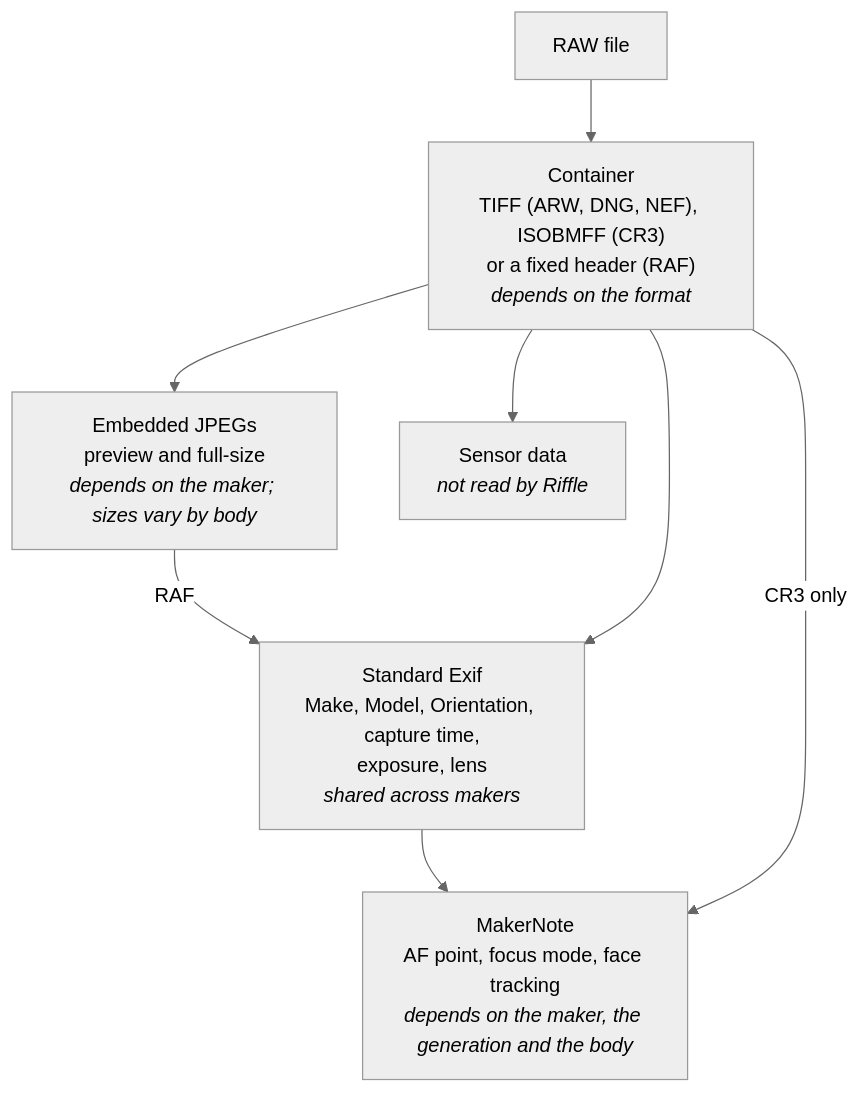
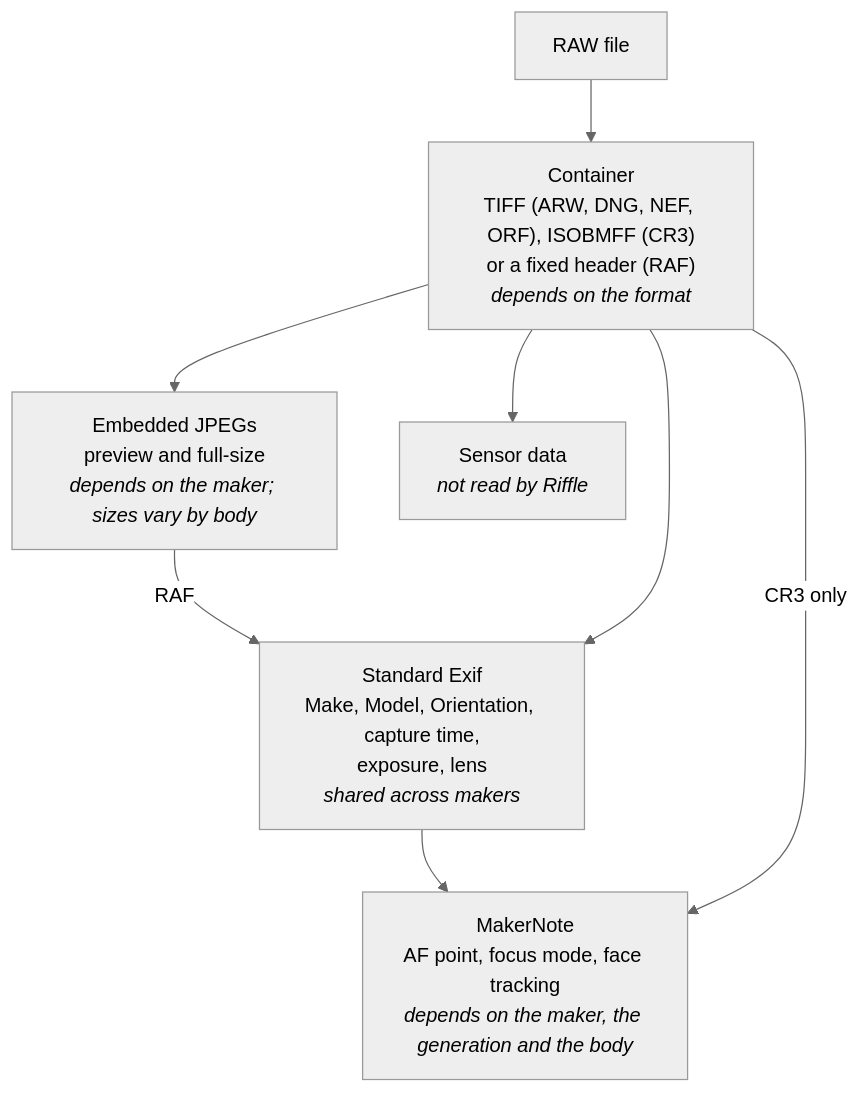
Before and after one commit to minodisk/riffle: the first of 2 diagrams in docs/raw-formats.md, drawn with Mermaid (neutral theme). The commit also changed other lines of this file and 12 other files, not shown here.

````diff
--- a/docs/raw-formats.md
+++ b/docs/raw-formats.md
@@ -15,16 +15,16 @@
 ```mermaid
 flowchart TB
     file["RAW file"]
-    container["Container<br/>TIFF (ARW, DNG, NEF), ISOBMFF (CR3)<br/>or a fixed header (RAF)<br/><i>depends on the format</i>"]
+    container["Container<br/>TIFF (ARW, DNG, NEF, ORF), ISOBMFF (CR3)<br/>or a fixed header (RAF)<br/><i>depends on the format</i>"]
     exif["Standard Exif<br/>Make, Model, Orientation, capture time,<br/>exposure, lens<br/><i>shared across makers</i>"]
     jpegs["Embedded JPEGs<br/>preview and full-size<br/><i>depends on the maker; sizes vary by body</i>"]
     note["MakerNote<br/>AF point, focus mode, face tracking<br/><i>depends on the maker, the generation and the body</i>"]
     sensor["Sensor data<br/><i>not read by Riffle</i>"]
     file --> container
     jpegs -->|RAF| exif
     container --> exif
     container --> jpegs
     container --> sensor
     exif --> note
     container -->|CR3 only| note
 ```
````
